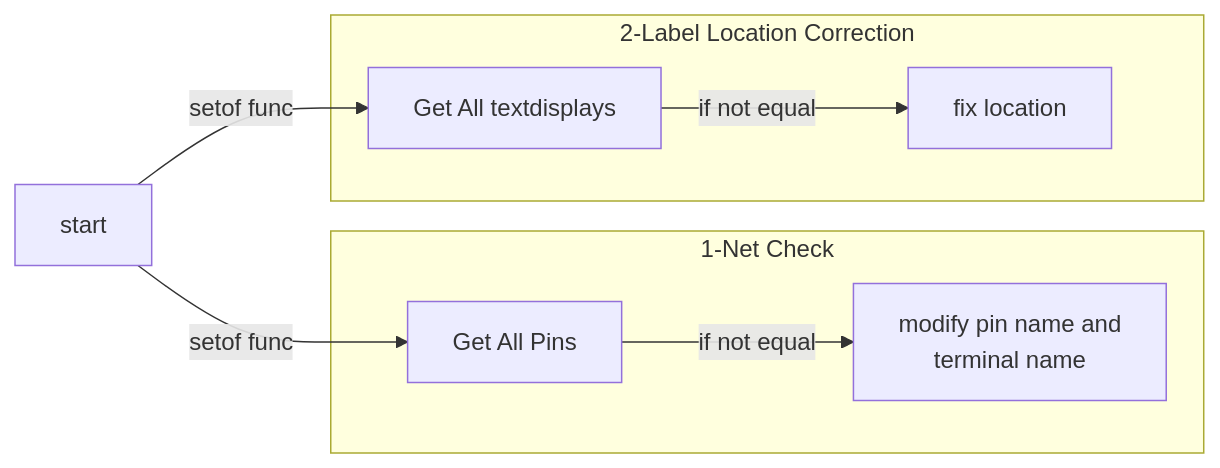
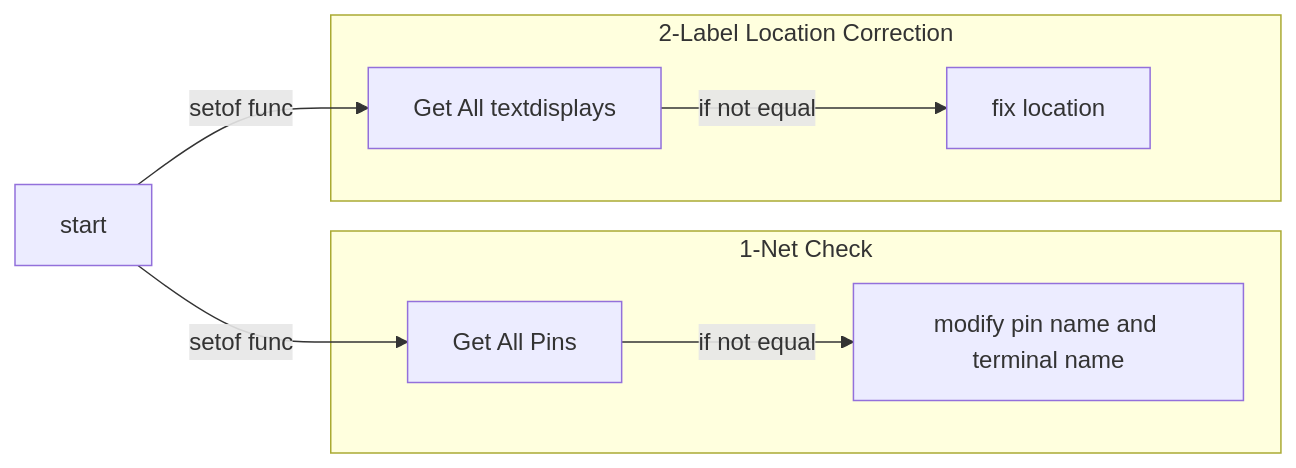
Before and after one commit to panyou1996/blog: the diagram in content/posts/first_article.md, drawn with Mermaid.

Commit message:
change mermaid format

```diff
--- a/content/posts/first_article.md
+++ b/content/posts/first_article.md
@@ -59,12 +59,11 @@
 {{< mermaid>}}
 graph LR;
 start-- setof func-->L21[Get All textdisplays]
 start-- setof func-->L11[Get All Pins]
 subgraph 1-Net Check
-L11-- if not equal-->L12[modify pin name and 
-            terminal name]
+L11-- if not equal-->L12["modify pin name and terminal name"]
 end
 subgraph 2-Label Location Correction
-L21-- if not equal-->L22[fix location]
+L21-- if not equal-->L22["fix location"]
 end
 {{< /mermaid>}}
```
